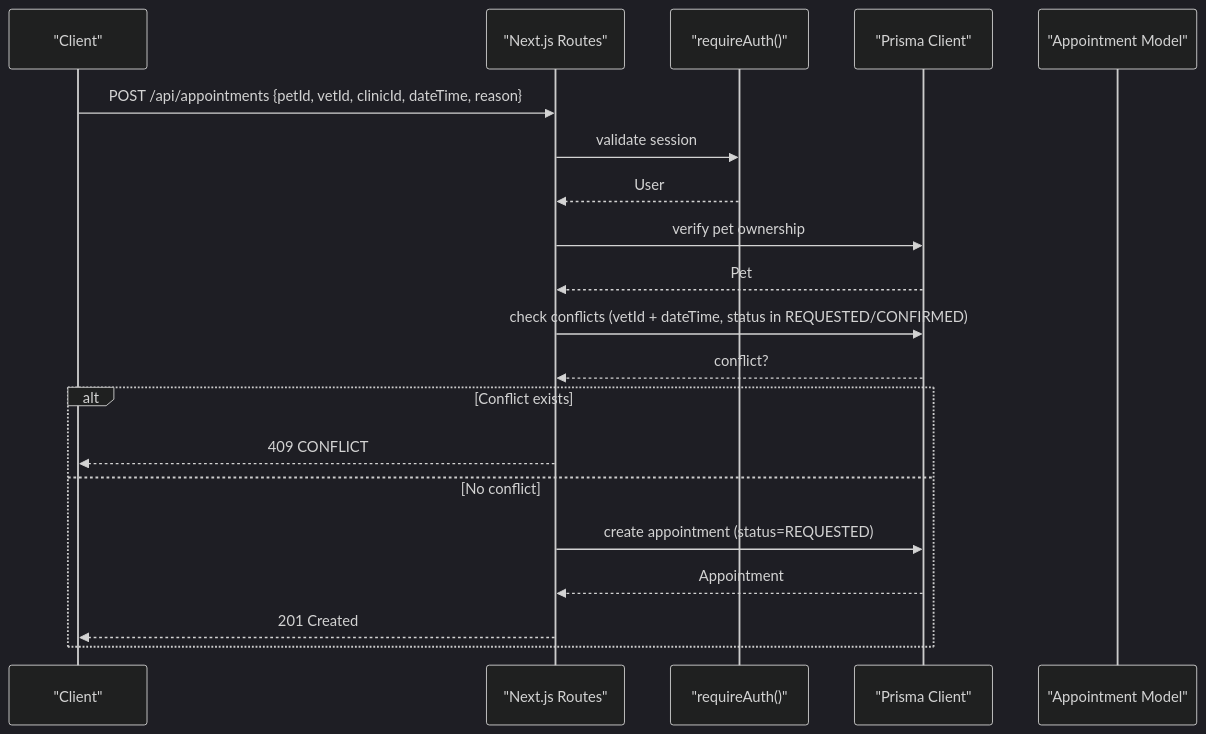
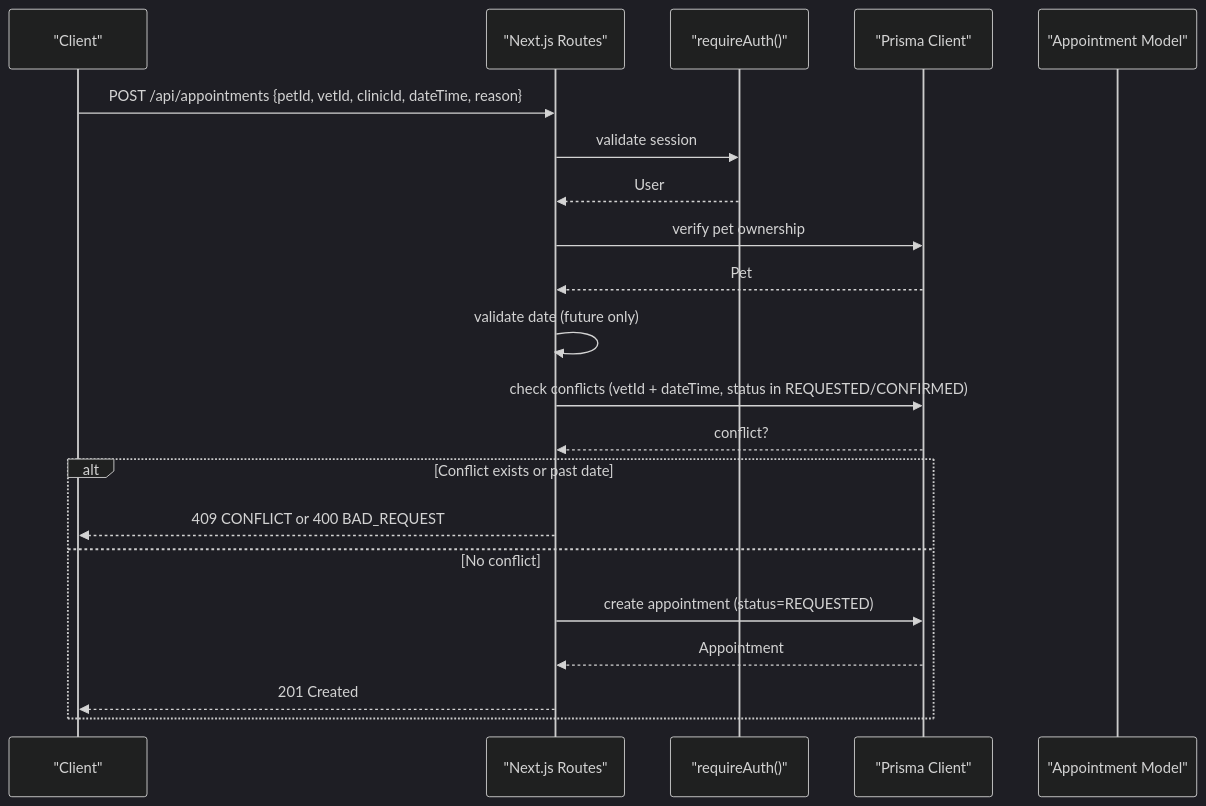
Before and after one commit to Javeria-Javaid/ai-powered-pet-healthcare-ecosystem: the second of 4 diagrams in .qoder/repowiki/en/content/API Reference/Appointment Scheduling API/Appointment Scheduling API.md, drawn with Mermaid (dark theme). The commit also changed other lines of this file and 37 other files, not shown here.

````diff
--- a/.qoder/repowiki/en/content/API Reference/Appointment Scheduling API/Appointment Scheduling API.md
+++ b/.qoder/repowiki/en/content/API Reference/Appointment Scheduling API/Appointment Scheduling API.md
@@ -93,22 +103,23 @@
 ```mermaid
 sequenceDiagram
 participant Client as "Client"
 participant API as "Next.js Routes"
 participant Auth as "requireAuth()"
 participant DB as "Prisma Client"
 participant Schema as "Appointment Model"
 Client->>API : POST /api/appointments {petId, vetId, clinicId, dateTime, reason}
 API->>Auth : validate session
 Auth-->>API : User
 API->>DB : verify pet ownership
 DB-->>API : Pet
+API->>API : validate date (future only)
 API->>DB : check conflicts (vetId + dateTime, status in REQUESTED/CONFIRMED)
 DB-->>API : conflict?
-alt Conflict exists
-API-->>Client : 409 CONFLICT
+alt Conflict exists or past date
+API-->>Client : 409 CONFLICT or 400 BAD_REQUEST
 else No conflict
 API->>DB : create appointment (status=REQUESTED)
 DB-->>API : Appointment
 API-->>Client : 201 Created
 end
 ```
````
